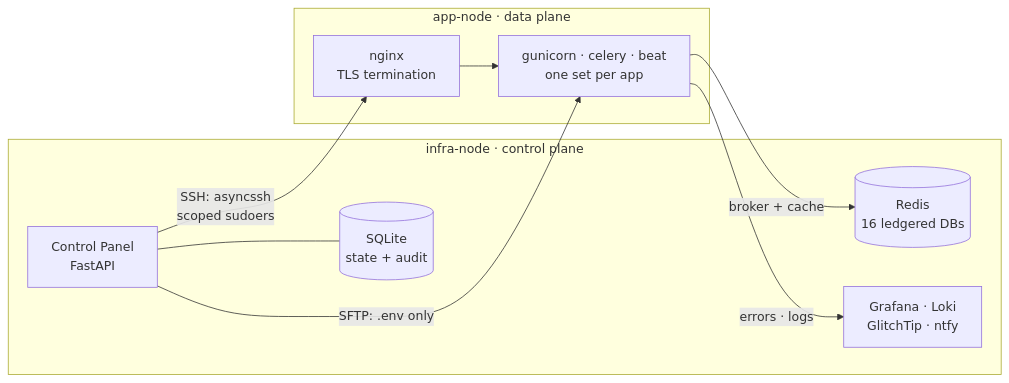
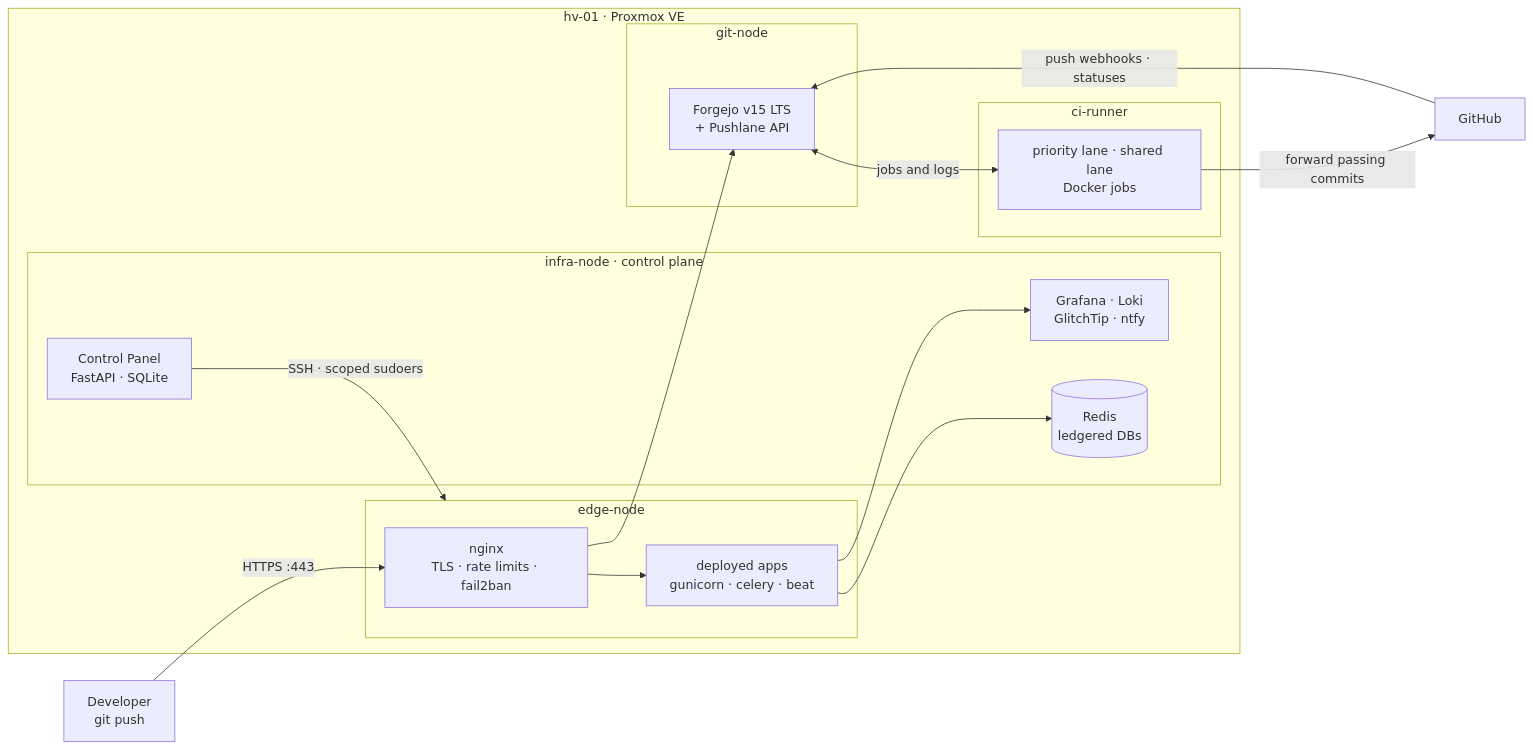
One commit to tobioj/Homelab-Control-Plane changed the first of 4 diagrams in README.md. Above: the diagram before and after it, drawn with Mermaid. The commit also changed other lines of this file and 15 other files, not shown here.

````diff
--- a/README.md
+++ b/README.md
@@ -76,19 +89,31 @@
 ```mermaid
 flowchart LR
-    subgraph CP["infra-node · control plane"]
-        PANEL["Control Panel<br/>FastAPI"]
-        SQLITE[("SQLite<br/>state + audit")]
-        REDIS[("Redis<br/>16 ledgered DBs")]
-        OBS["Grafana · Loki<br/>GlitchTip · ntfy"]
+    DEV["Developer<br/>git push"]
+    GH["GitHub"]
+    subgraph HV["hv-01 · Proxmox VE"]
+        subgraph EDGE["edge-node"]
+            NGX["nginx<br/>TLS · rate limits · fail2ban"]
+            APPS["deployed apps<br/>gunicorn · celery · beat"]
+        end
+        subgraph INFRA["infra-node · control plane"]
+            PANEL["Control Panel<br/>FastAPI · SQLite"]
+            REDIS[("Redis<br/>ledgered DBs")]
+            OBS["Grafana · Loki<br/>GlitchTip · ntfy"]
+        end
+        subgraph GIT["git-node"]
+            FJ["Forgejo v15 LTS<br/>+ Pushlane API"]
+        end
+        subgraph CI["ci-runner"]
+            LANES["priority lane · shared lane<br/>Docker jobs"]
+        end
     end
-    subgraph DP["app-node · data plane"]
-        NGINX["nginx<br/>TLS termination"]
-        APPS["gunicorn · celery · beat<br/>one set per app"]
-    end
-    PANEL -->|"SSH: asyncssh<br/>scoped sudoers"| NGINX
-    PANEL -->|"SFTP: .env only"| APPS
-    PANEL --- SQLITE
-    APPS -->|"broker + cache"| REDIS
-    APPS -->|"errors · logs"| OBS
-    NGINX --> APPS
+    DEV -->|"HTTPS :443"| NGX
+    NGX --> APPS
+    NGX --> FJ
+    PANEL -->|"SSH · scoped sudoers"| EDGE
+    APPS --> REDIS
+    APPS --> OBS
+    FJ <-->|"jobs and logs"| LANES
+    LANES -->|"forward passing commits"| GH
+    GH -->|"push webhooks · statuses"| FJ
 ```
````
